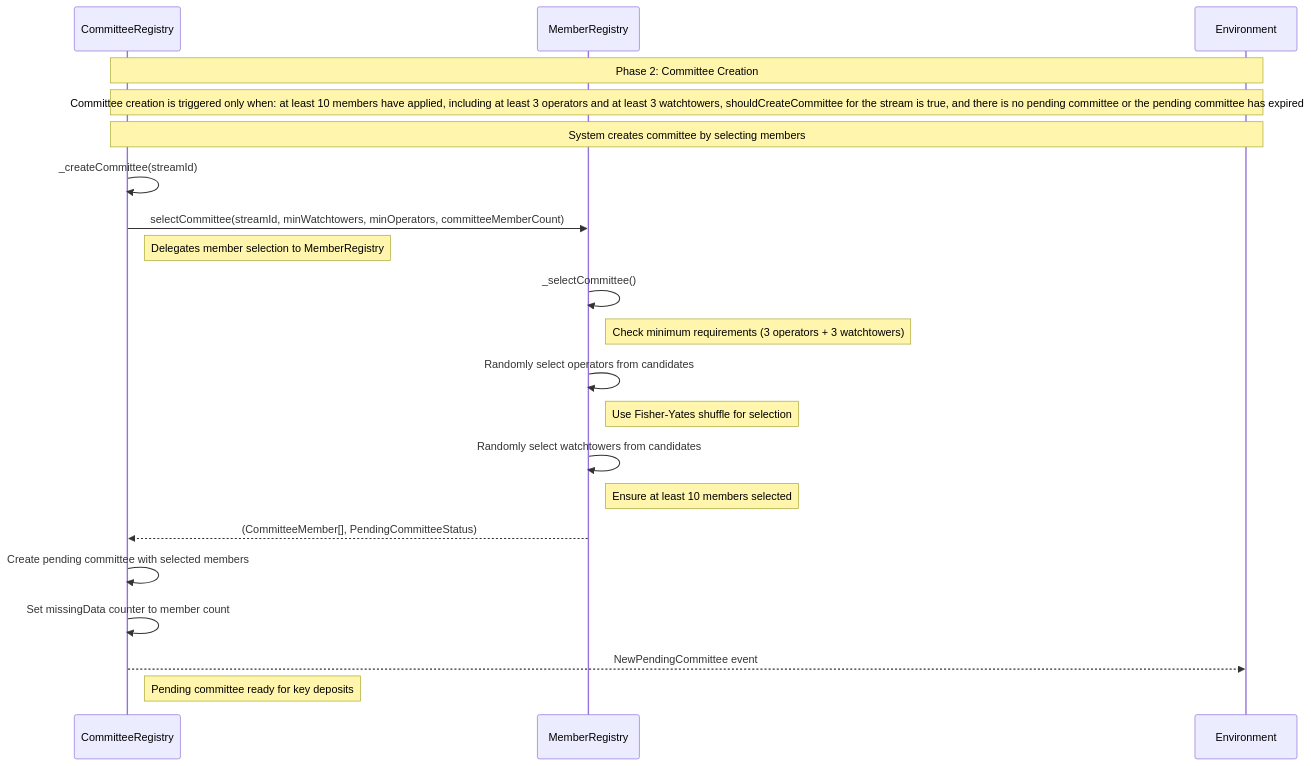
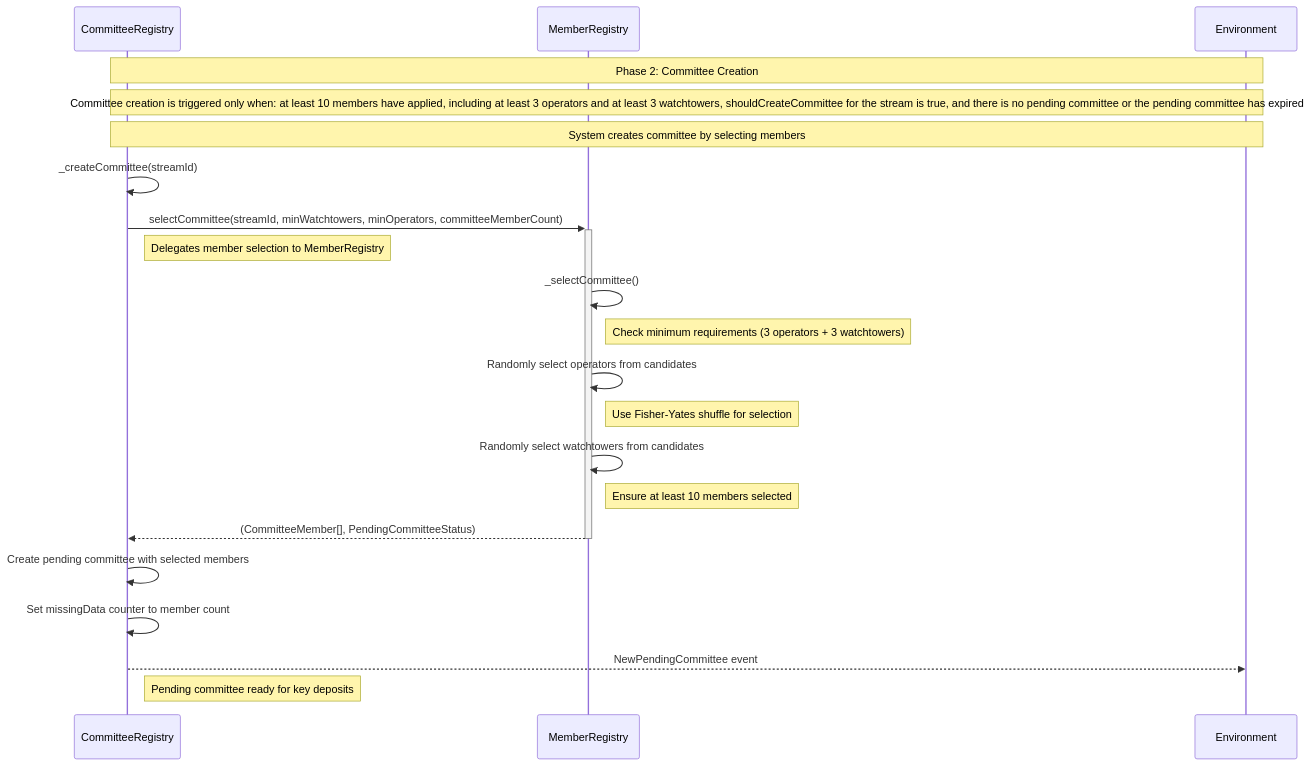
Before and after one commit to rsksmart/union-bridge-contracts: the second of 12 diagrams in README.md, drawn with Mermaid. The commit also changed other lines of this file, not shown here.

Commit message:
Add Table of contents and architecture to README

````diff
--- a/README.md
+++ b/README.md
@@ -75,25 +216,25 @@
 ```mermaid
 sequenceDiagram
     participant CR as CommitteeRegistry
     participant MR as MemberRegistry
     participant ENV as Environment
 
     Note over CR,ENV: Phase 2: Committee Creation
     Note over CR,ENV: Committee creation is triggered only when: at least 10 members have applied, including at least 3 operators and at least 3 watchtowers, shouldCreateCommittee for the stream is true, and there is no pending committee or the pending committee has expired
     Note over CR,ENV: System creates committee by selecting members
 
     CR->>CR: _createCommittee(streamId)
-    CR->>MR: selectCommittee(streamId, minWatchtowers, minOperators, committeeMemberCount)
+    CR->>+MR: selectCommittee(streamId, minWatchtowers, minOperators, committeeMemberCount)
     Note right of CR: Delegates member selection to MemberRegistry
     MR->>MR: _selectCommittee()
     Note right of MR: Check minimum requirements (3 operators + 3 watchtowers)
     MR->>MR: Randomly select operators from candidates
     Note right of MR: Use Fisher-Yates shuffle for selection
     MR->>MR: Randomly select watchtowers from candidates
     Note right of MR: Ensure at least 10 members selected
-    MR-->>CR: (CommitteeMember[], PendingCommitteeStatus)
+    MR-->>-CR: (CommitteeMember[], PendingCommitteeStatus)
     CR->>CR: Create pending committee with selected members
     CR->>CR: Set missingData counter to member count
     CR-->>ENV: NewPendingCommittee event
     Note right of CR: Pending committee ready for key deposits
 ```
````
